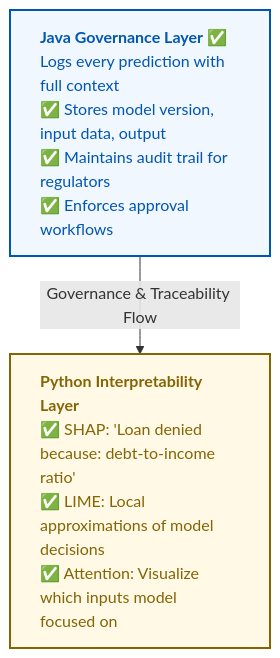
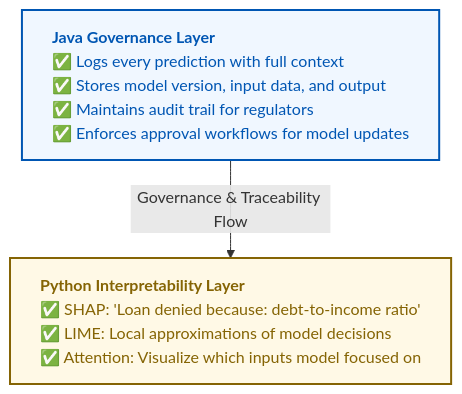
One commit to rsrini7/Learnings changed the fifth of 5 diagrams in AI-ML/Java-Python-Enterprise-AI.md. Above: the diagram before and after it, drawn with Mermaid. The commit also changed other lines of this file, not shown here.

First line of the commit message:
docs(AI-ML): improve readability of mermaid diagrams with text alignment

````diff
--- a/AI-ML/Java-Python-Enterprise-AI.md
+++ b/AI-ML/Java-Python-Enterprise-AI.md
@@ -931,14 +931,14 @@
 ```mermaid
 graph TD
-    %% Define Node Styles
-    classDef governanceStyle fill:#f0f7ff,stroke:#0056b3,stroke-width:2px,color:#0056b3,text-align:left;
-    classDef interpretabilityStyle fill:#fff9e6,stroke:#856404,stroke-width:2px,color:#856404,text-align:left;
+    %% Define Node Styles with explicit min-width and no-wrap logic
+    classDef wideGov fill:#f0f7ff,stroke:#0056b3,stroke-width:2px,color:#0056b3,text-align:left;
+    classDef wideInterp fill:#fff9e6,stroke:#856404,stroke-width:2px,color:#856404,text-align:left;
 
-    %% Nodes with full text in horizontal layout
-    JavaLayer["<b>Java Governance Layer</b> ✅ Logs every prediction with full context <br>✅ Stores model version, input data, output <br>✅ Maintains audit trail for regulators <br>✅ Enforces approval workflows"]:::governanceStyle
+    %% Use <div> with white-space:nowrap to prevent wrapping regardless of container size
+    JavaLayer["<b>Java Governance Layer</b><br/><div style='white-space:nowrap'>✅ Logs every prediction with full context</div><div style='white-space:nowrap'>✅ Stores model version, input data, and output</div><div style='white-space:nowrap'>✅ Maintains audit trail for regulators</div><div style='white-space:nowrap'>✅ Enforces approval workflows for model updates</div>"]:::wideGov
     
-    PythonLayer["<b>Python Interpretability Layer</b><br/>✅ SHAP: 'Loan denied because: debt-to-income ratio' <br/>✅ LIME: Local approximations of model decisions <br/>✅ Attention: Visualize which inputs model focused on"]:::interpretabilityStyle
+    PythonLayer["<b>Python Interpretability Layer</b><br/><div style='white-space:nowrap'>✅ SHAP: 'Loan denied because: debt-to-income ratio'</div><div style='white-space:nowrap'>✅ LIME: Local approximations of model decisions</div><div style='white-space:nowrap'>✅ Attention: Visualize which inputs model focused on</div>"]:::wideInterp
 
     %% Connection
     JavaLayer -->|Governance & Traceability Flow| PythonLayer
 ```
````
